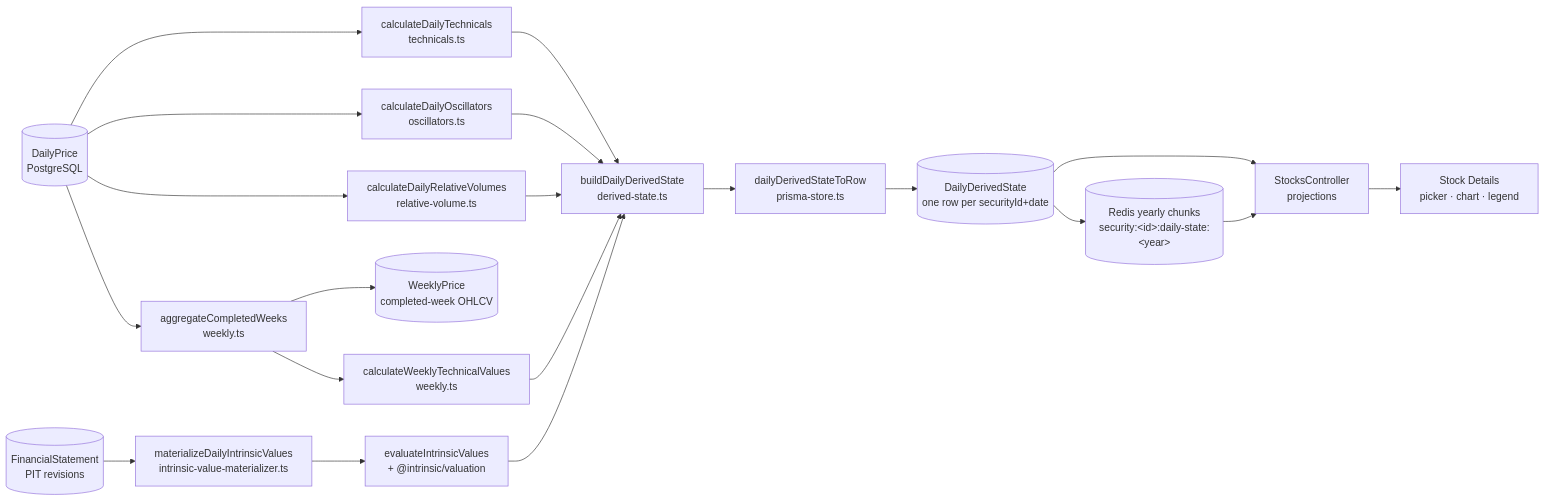
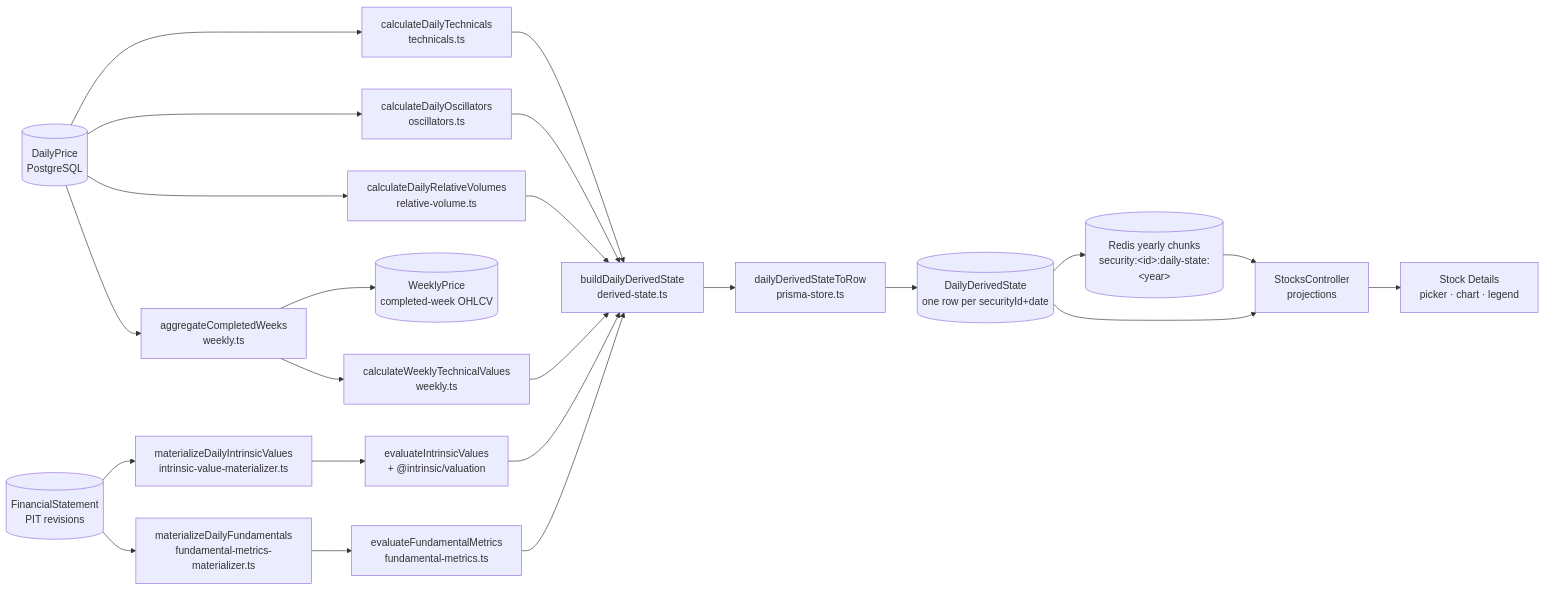
Before and after one commit to BMarius93/factorsage: the first of 3 diagrams in ai/architecture/calculated-series.md, drawn with Mermaid. The commit also changed other lines of this file and 17 other files, not shown here.

````diff
--- a/ai/architecture/calculated-series.md
+++ b/ai/architecture/calculated-series.md
@@ -15,22 +15,25 @@
 ```mermaid
 flowchart LR
   DP[("DailyPrice<br/>PostgreSQL")] --> DT["calculateDailyTechnicals<br/>technicals.ts"]
   DP --> DO["calculateDailyOscillators<br/>oscillators.ts"]
   DP --> RV["calculateDailyRelativeVolumes<br/>relative-volume.ts"]
   DP --> AW["aggregateCompletedWeeks<br/>weekly.ts"]
   AW --> WP[("WeeklyPrice<br/>completed-week OHLCV")]
   AW --> WV["calculateWeeklyTechnicalValues<br/>weekly.ts"]
   FS[("FinancialStatement<br/>PIT revisions")] --> IM["materializeDailyIntrinsicValues<br/>intrinsic-value-materializer.ts"]
   IM --> EV["evaluateIntrinsicValues<br/>+ @intrinsic/valuation"]
+  FS --> FM["materializeDailyFundamentals<br/>fundamental-metrics-materializer.ts"]
+  FM --> FE["evaluateFundamentalMetrics<br/>fundamental-metrics.ts"]
   DT --> BD["buildDailyDerivedState<br/>derived-state.ts"]
+  FE --> BD
   DO --> BD
   RV --> BD
   WV --> BD
   EV --> BD
   BD --> ST["dailyDerivedStateToRow<br/>prisma-store.ts"]
   ST --> PG[("DailyDerivedState<br/>one row per securityId+date")]
   PG --> RD[("Redis yearly chunks<br/>security:&lt;id&gt;:daily-state:&lt;year&gt;")]
   PG --> API["StocksController<br/>projections"]
   RD --> API
   API --> WEB["Stock Details<br/>picker · chart · legend"]
 ```
````
